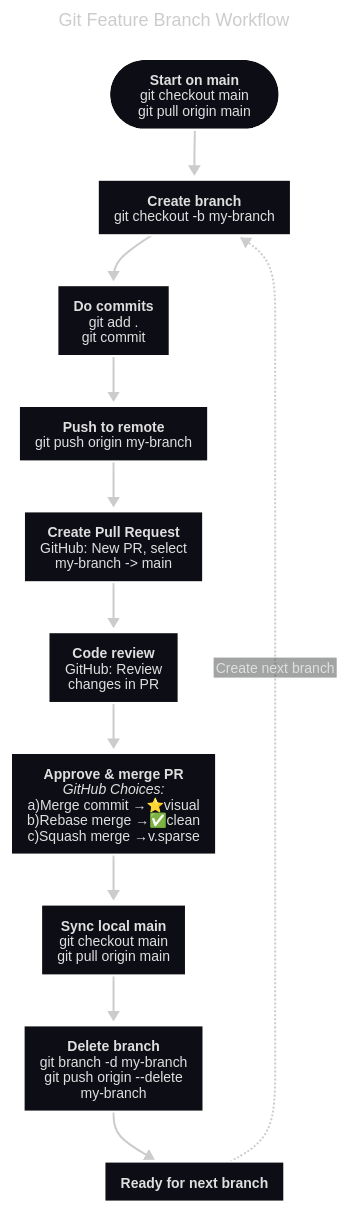
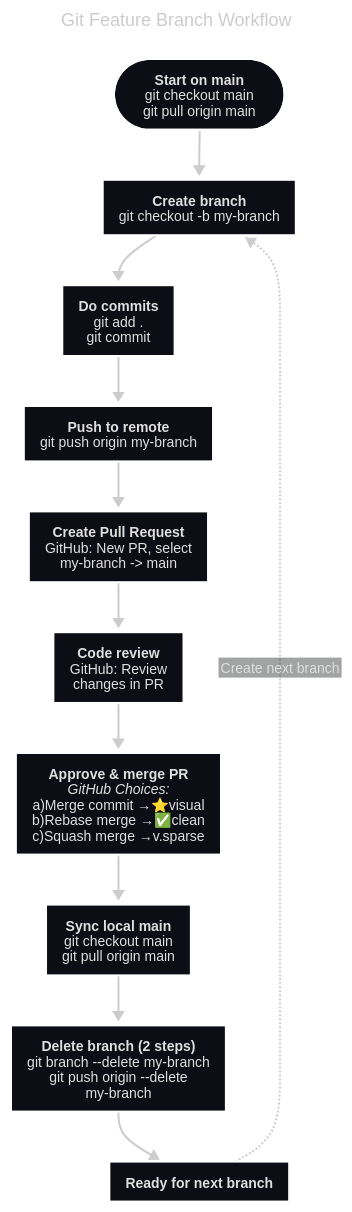
One commit to michellepace/markdown-pretty-app changed the third of 3 diagrams in test-mermaid.md. Above: the diagram before and after it, drawn with Mermaid.

````diff
--- a/test-mermaid.md
+++ b/test-mermaid.md
@@ -53,39 +53,39 @@
 ```mermaid
 ---
 title: Git Feature Branch Workflow
 config:
   look: neo
   layout: dagre
   theme: redux-dark
   htmlLabels: false
 ---
 flowchart TD
     START(["`**Start on main**
     git checkout main
     git pull origin main`"]) --> CREATE["`**Create branch**
     git checkout -b my-branch`"]
     CREATE --> WORK["`**Do commits**
     git add .
      git commit`"]
     WORK --> PUSH["`**Push to remote**
     git push origin my-branch`"]
     PUSH --> PR["`**Create Pull Request**
     GitHub: New PR, select
     my-branch -> main`"]
     PR --> REVIEW["`**Code review**
     GitHub: Review
     changes in PR`"]
     REVIEW --> APPROVE["`**Approve & merge PR**
     *GitHub Choices:*
     a)Merge commit →⭐visual
     b)Rebase merge →✅clean
     c)Squash merge →v.sparse`"]
     APPROVE --> SYNC["`**Sync local main**
     git checkout main
     git pull origin main`"]
-    SYNC --> CLEANUP["`**Delete branch**
-    git branch -d my-branch
+    SYNC --> CLEANUP["`**Delete branch (2 steps)**
+    git branch --delete my-branch
     git push origin --delete my-branch`"]
     CLEANUP --> NEXT["`**Ready for next branch**`"]
     NEXT -.-> |Create next branch| CREATE
 ```
````
